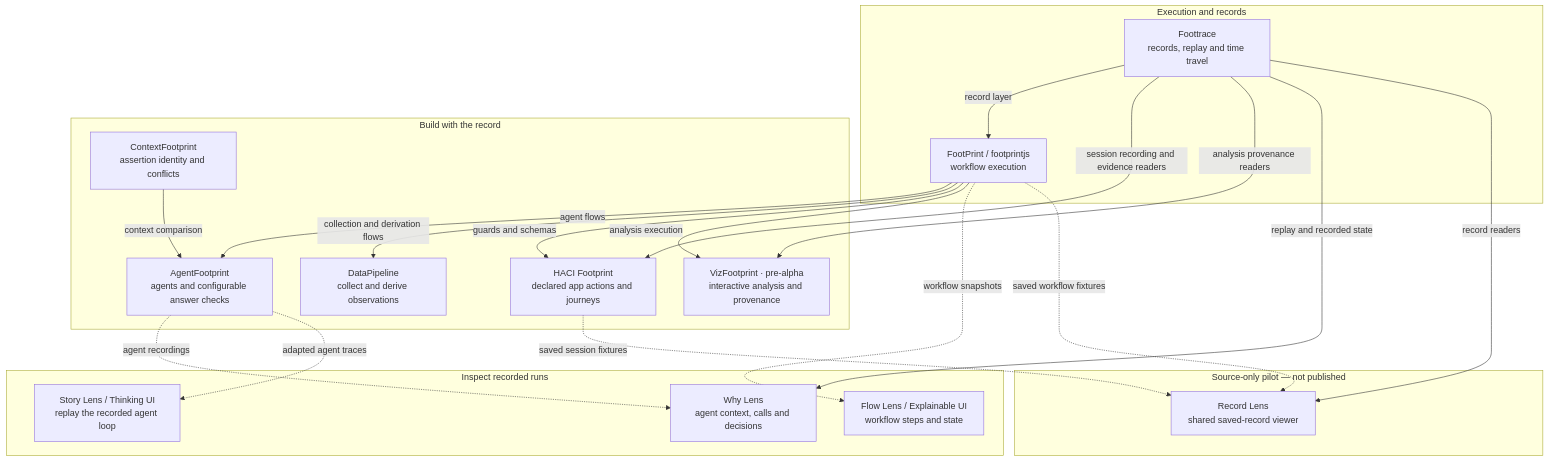
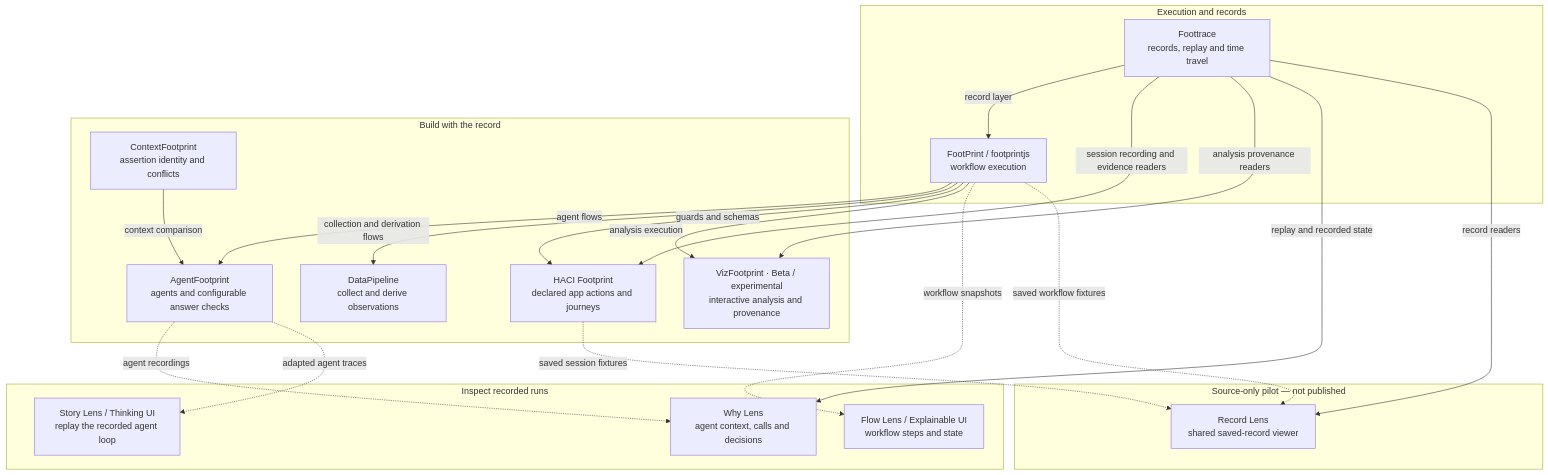
The diagram in profile/README.md (footprintjs/.github), drawn with Mermaid before and after one commit. The commit also changed other lines of this file, not shown here.

Commit message:
docs: mark unpublished libraries as Beta

````diff
--- a/profile/README.md
+++ b/profile/README.md
@@ -31,42 +31,42 @@
 ```mermaid
 flowchart TD
     subgraph foundation["Execution and records"]
         R["Foottrace<br/>records, replay and time travel"]
         F["FootPrint / footprintjs<br/>workflow execution"]
         R -->|record layer| F
     end
 
     subgraph libraries["Build with the record"]
         A["AgentFootprint<br/>agents and configurable answer checks"]
         D["DataPipeline<br/>collect and derive observations"]
         H["HACI Footprint<br/>declared app actions and journeys"]
-        V["VizFootprint · pre-alpha<br/>interactive analysis and provenance"]
+        V["VizFootprint · Beta / experimental<br/>interactive analysis and provenance"]
         C["ContextFootprint<br/>assertion identity and conflicts"]
         C -->|context comparison| A
     end
 
     F -->|agent flows| A
     F -->|collection and derivation flows| D
     F -->|guards and schemas| H
     F -->|analysis execution| V
     R -->|session recording and evidence readers| H
     R -->|analysis provenance readers| V
 
     subgraph views["Inspect recorded runs"]
         E["Flow Lens / Explainable UI<br/>workflow steps and state"]
         L["Why Lens<br/>agent context, calls and decisions"]
         T["Story Lens / Thinking UI<br/>replay the recorded agent loop"]
     end
 
     F -. workflow snapshots .-> E
     A -. agent recordings .-> L
     A -. adapted agent traces .-> T
     R -->|replay and recorded state| L
 
     subgraph pilot["Source-only pilot — not published"]
         P["Record Lens<br/>shared saved-record viewer"]
     end
     F -. saved workflow fixtures .-> P
     H -. saved session fixtures .-> P
     R -->|record readers| P
 ```
````
